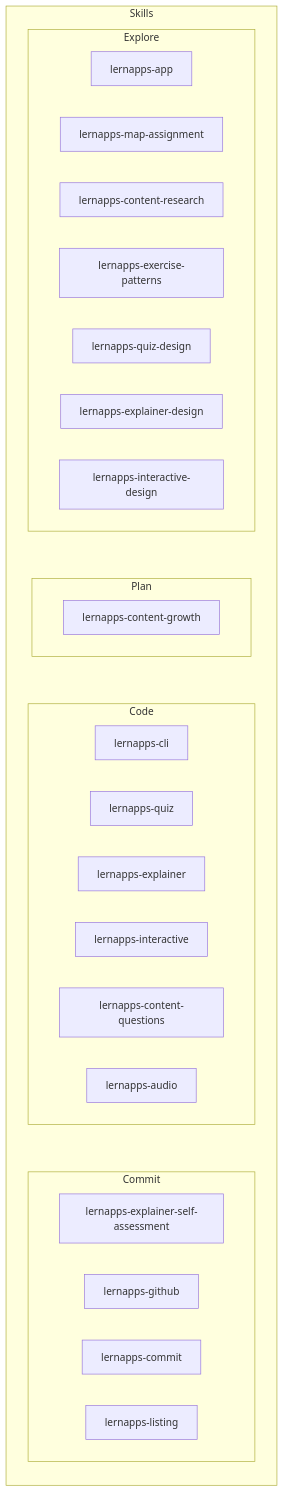
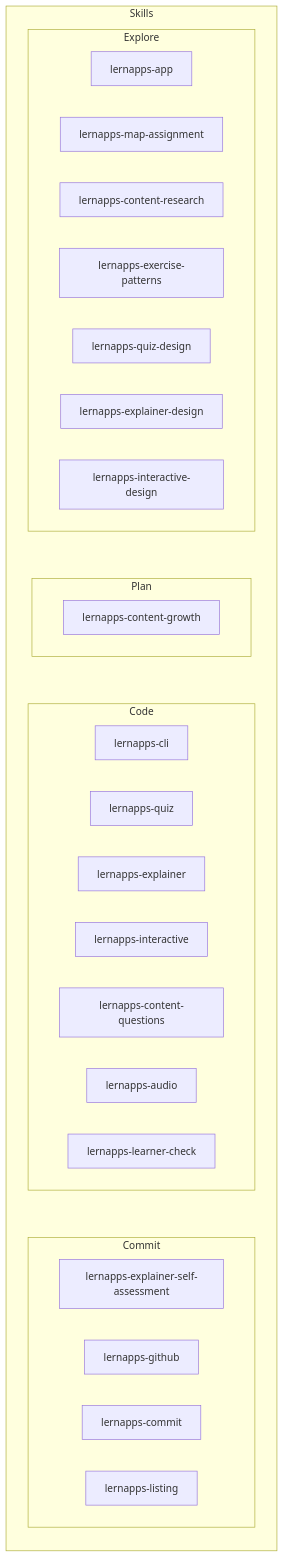
Before and after one commit to lernapps/tooling: the third of 3 diagrams in docs/arc42/05-building-blocks.arc42.md, drawn with Mermaid. The commit also changed other lines of this file and 52 other files, not shown here.

````diff
--- a/docs/arc42/05-building-blocks.arc42.md
+++ b/docs/arc42/05-building-blocks.arc42.md
@@ -114,32 +114,33 @@
 ```mermaid
 flowchart LR
     subgraph bb-skills["Skills"]
         subgraph bb-skills-explore["Explore"]
             bb-skill-app["lernapps-app"]
             bb-skill-map-assignment["lernapps-map-assignment"]
             bb-skill-content-research["lernapps-content-research"]
             bb-skill-exercise-patterns["lernapps-exercise-patterns"]
             bb-skill-quiz-design["lernapps-quiz-design"]
             bb-skill-explainer-design["lernapps-explainer-design"]
             bb-skill-interactive-design["lernapps-interactive-design"]
         end
         subgraph bb-skills-plan["Plan"]
             bb-skill-content-growth["lernapps-content-growth"]
         end
         subgraph bb-skills-code["Code"]
             bb-skill-cli["lernapps-cli"]
             bb-skill-quiz["lernapps-quiz"]
             bb-skill-explainer["lernapps-explainer"]
             bb-skill-interactive["lernapps-interactive"]
             bb-skill-content-questions["lernapps-content-questions"]
             bb-skill-audio["lernapps-audio"]
+            bb-skill-learner-check["lernapps-learner-check"]
         end
         subgraph bb-skills-commit["Commit"]
             bb-skill-explainer-self-assessment["lernapps-explainer-self-assessment"]
             bb-skill-github["lernapps-github"]
             bb-skill-commit["lernapps-commit"]
             bb-skill-listing["lernapps-listing"]
         end
         bb-skills-explore ~~~ bb-skills-plan ~~~ bb-skills-code ~~~ bb-skills-commit
     end
 ```
````
